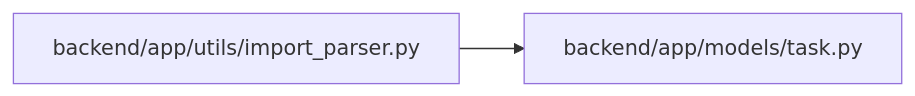
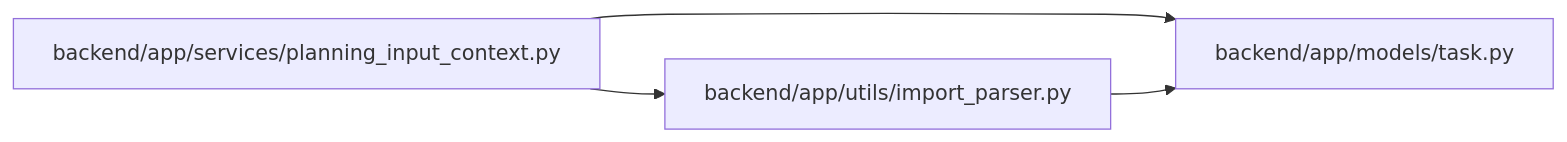
One commit to Denissvgn/WorkChord changed the diagram in docs/llm_wiki/modules/import_parser.md. Above: the diagram before and after it, drawn with Mermaid. The commit also changed other lines of this file and 10148 other files, not shown here.

````diff
--- a/docs/llm_wiki/modules/import_parser.md
+++ b/docs/llm_wiki/modules/import_parser.md
@@ -21,8 +21,12 @@
 ```mermaid
 flowchart LR
     n0["backend/app/models/task.py"]
-    n1["backend/app/utils/import_parser.py"]
+    n1["backend/app/services/planning_input_context.py"]
+    n2["backend/app/utils/import_parser.py"]
     n1 --> n0
+    n1 --> n2
+    n2 --> n0
     click n0 "../modules/models_task.md"
-    click n1 "../modules/import_parser.md"
+    click n1 "../modules/planning_input_context.md"
+    click n2 "../modules/import_parser.md"
 ```
````
